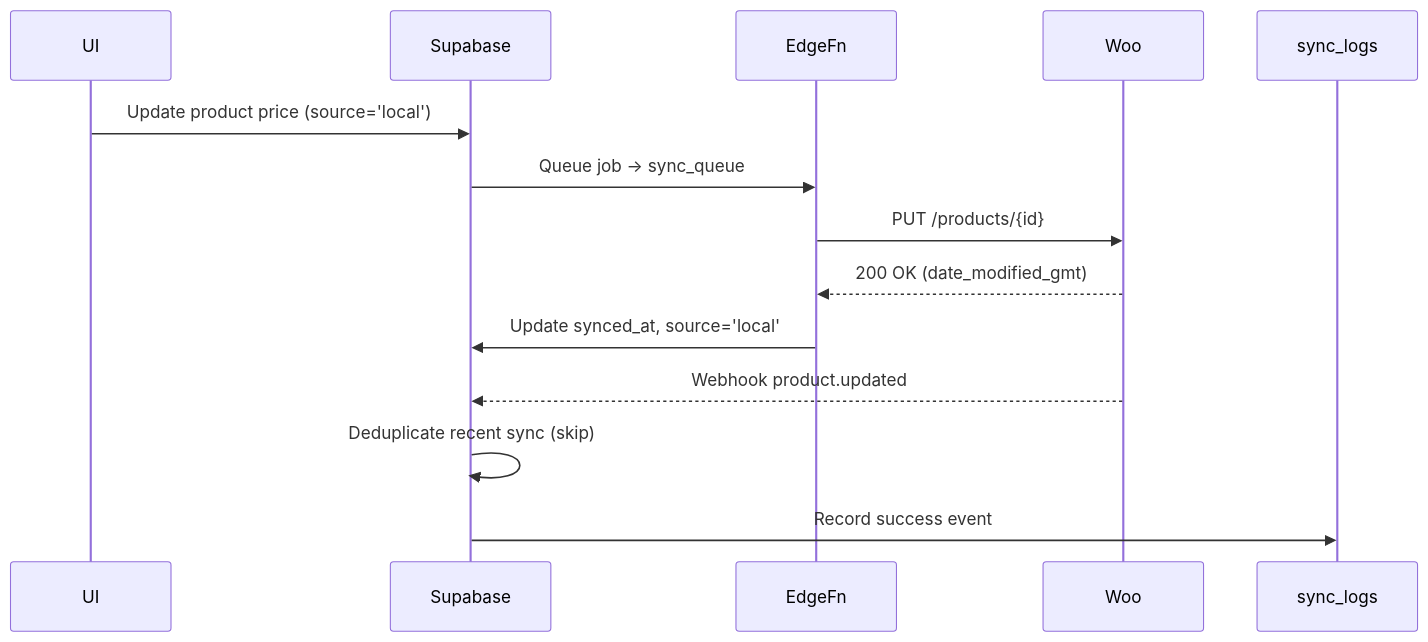
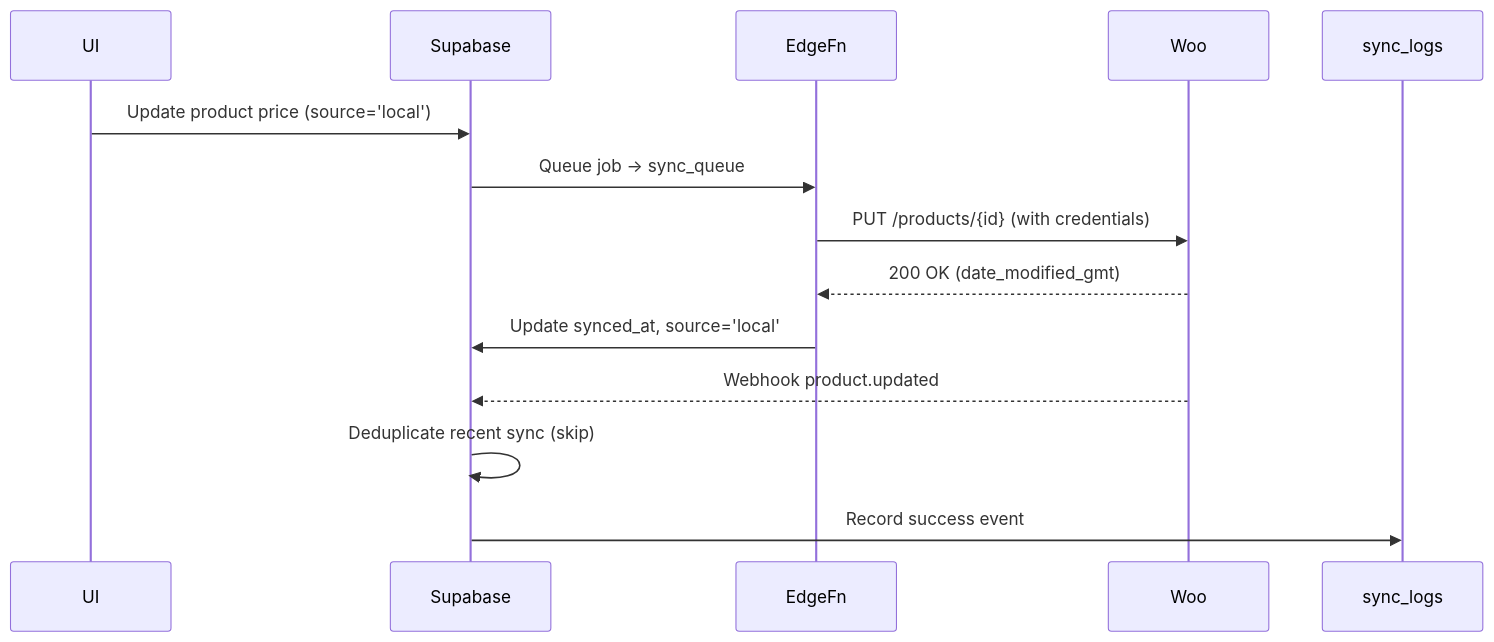
One commit to itaymm211010/WooCommerce-SaaS-Dashboard changed the first of 2 diagrams in .claude/architecture-context.md. Above: the diagram before and after it, drawn with Mermaid. The commit also changed other lines of this file, not shown here.

First line of the commit message:
docs: Update architecture-context with woo-proxy security layer

````diff
--- a/.claude/architecture-context.md
+++ b/.claude/architecture-context.md
@@ -85,16 +117,16 @@
 ```mermaid
 sequenceDiagram
   participant UI
   participant Supabase
   participant EdgeFn
   participant Woo
 
   UI->>Supabase: Update product price (source='local')
   Supabase->>EdgeFn: Queue job → sync_queue
-  EdgeFn->>Woo: PUT /products/{id}
+  EdgeFn->>Woo: PUT /products/{id} (with credentials)
   Woo-->>EdgeFn: 200 OK (date_modified_gmt)
   EdgeFn->>Supabase: Update synced_at, source='local'
   Woo-->>Supabase: Webhook product.updated
   Supabase->>Supabase: Deduplicate recent sync (skip)
   Supabase->>sync_logs: Record success event
 ```
````
